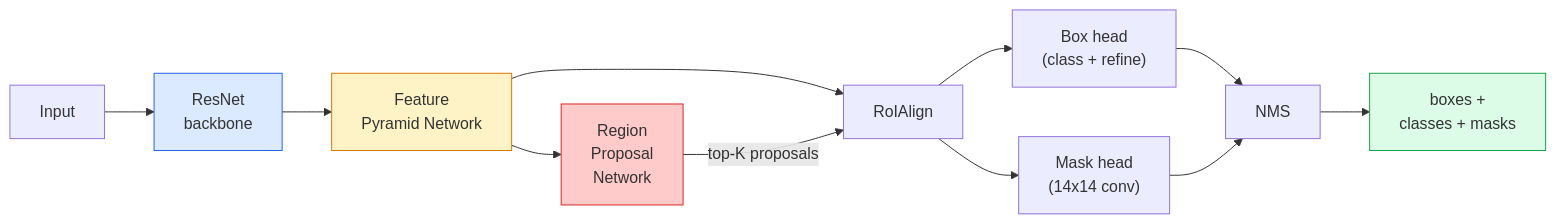
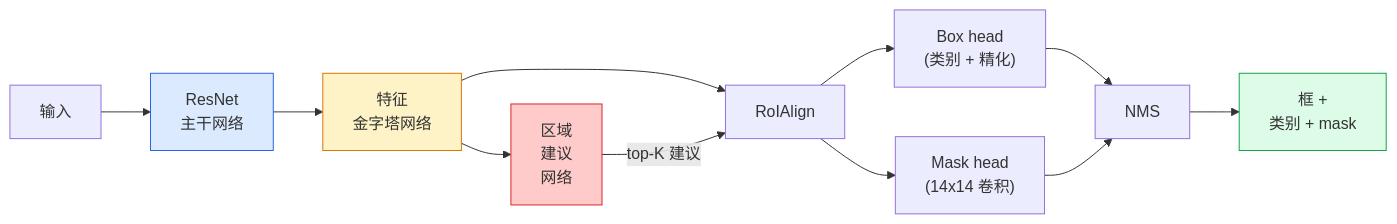
One commit to guangningsun/ailearning changed the diagram in lessons/04-computer-vision/08-instance-segmentation-mask-rcnn/docs/zh.md. Above: the diagram before and after it, drawn with Mermaid. The commit also changed other lines of this file and 29 other files, not shown here.

````diff
--- a/lessons/04-computer-vision/08-instance-segmentation-mask-rcnn/docs/zh.md
+++ b/lessons/04-computer-vision/08-instance-segmentation-mask-rcnn/docs/zh.md
@@ -29,18 +29,18 @@
 ```mermaid
 flowchart LR
-    IMG["Input"] --> BB["ResNet<br/>backbone"]
-    BB --> FPN["Feature<br/>Pyramid Network"]
-    FPN --> RPN["Region<br/>Proposal<br/>Network"]
+    IMG["输入"] --> BB["ResNet<br/>主干网络"]
+    BB --> FPN["特征<br/>金字塔网络"]
+    FPN --> RPN["区域<br/>建议<br/>网络"]
     FPN --> RA["RoIAlign"]
-    RPN -->|"top-K proposals"| RA
-    RA --> BH["Box head<br/>(class + refine)"]
-    RA --> MH["Mask head<br/>(14x14 conv)"]
+    RPN -->|"top-K 建议"| RA
+    RA --> BH["Box head<br/>(类别 + 精化)"]
+    RA --> MH["Mask head<br/>(14x14 卷积)"]
     BH --> NMS["NMS"]
     MH --> NMS
-    NMS --> OUT["boxes +<br/>classes + masks"]
+    NMS --> OUT["框 +<br/>类别 + mask"]
 
     style BB fill:#dbeafe,stroke:#2563eb
     style FPN fill:#fef3c7,stroke:#d97706
     style RPN fill:#fecaca,stroke:#dc2626
     style OUT fill:#dcfce7,stroke:#16a34a
 ```
````
